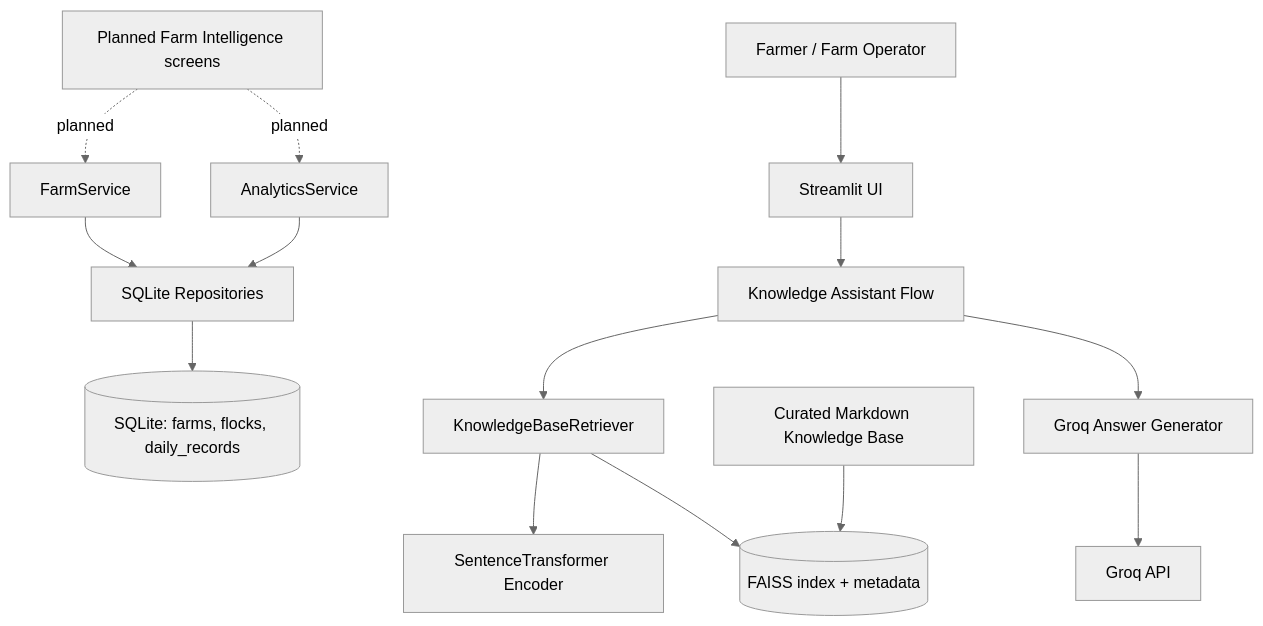
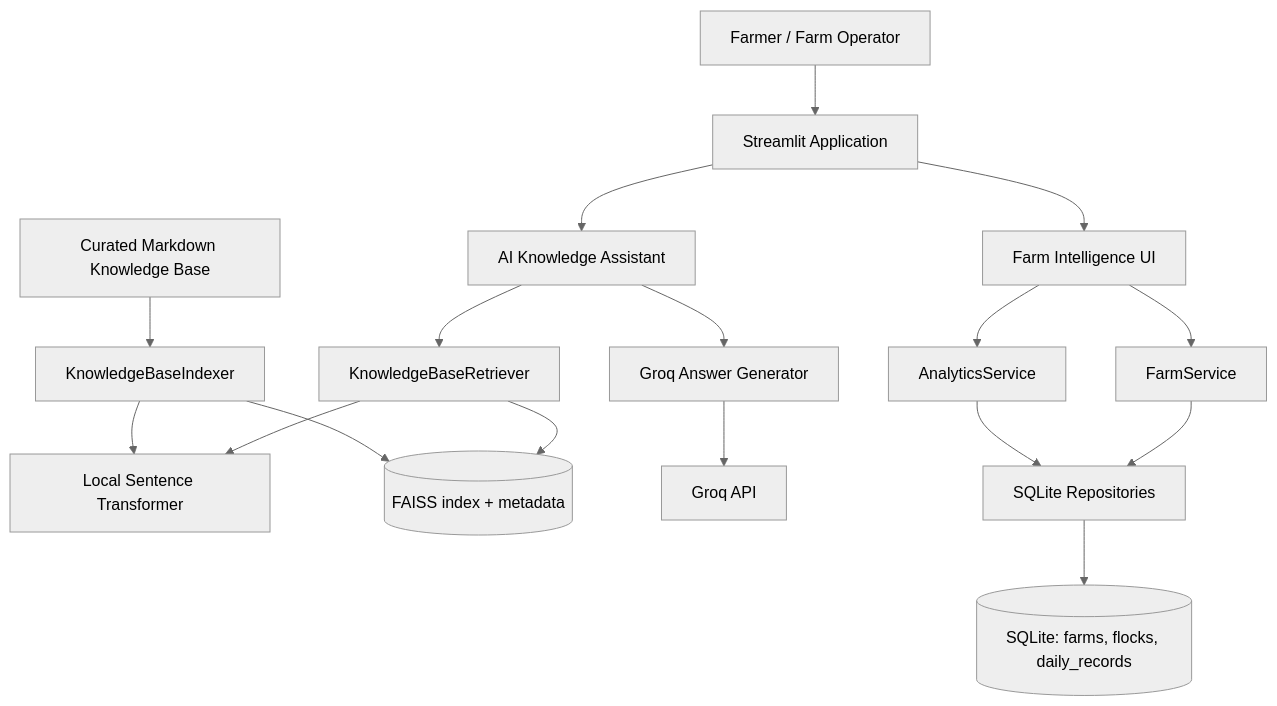
One commit to zulyadainimuhammad/poultryguard-ai changed the diagram in README.md. Above: the diagram before and after it, drawn with Mermaid (neutral theme). The commit also changed other lines of this file, not shown here.

Commit message:
docs: update README for Farm Intelligence MVP

````diff
--- a/README.md
+++ b/README.md
@@ -42,16 +55,19 @@
 ```mermaid
 flowchart TD
-    U[Farmer / Farm Operator] --> UI[Streamlit UI]
-    UI --> AG[Knowledge Assistant Flow]
-    FUTURE[Planned Farm Intelligence screens] -. planned .-> FS[FarmService]
-    FUTURE -. planned .-> AN[AnalyticsService]
+    USER[Farmer / Farm Operator] --> UI[Streamlit Application]
+    UI --> KA[AI Knowledge Assistant]
+    UI --> FI[Farm Intelligence UI]
+    KA --> RET[KnowledgeBaseRetriever]
+    RET --> EMB[Local Sentence Transformer]
+    RET --> IDX[(FAISS index + metadata)]
+    KA --> GEN[Groq Answer Generator]
+    GEN --> API[Groq API]
+    FI --> FS[FarmService]
+    FI --> AS[AnalyticsService]
     FS --> REPO[SQLite Repositories]
-    AN --> REPO
+    AS --> REPO
     REPO --> DB[(SQLite: farms, flocks, daily_records)]
-    AG --> RET[KnowledgeBaseRetriever]
-    RET --> ENC[SentenceTransformer Encoder]
-    RET --> IDX[(FAISS index + metadata)]
-    AG --> GEN[Groq Answer Generator]
-    GEN --> API[Groq API]
-    KB[Curated Markdown Knowledge Base] --> IDX
+    KB[Curated Markdown Knowledge Base] --> INDEXER[KnowledgeBaseIndexer]
+    INDEXER --> EMB
+    INDEXER --> IDX
 ```
````
